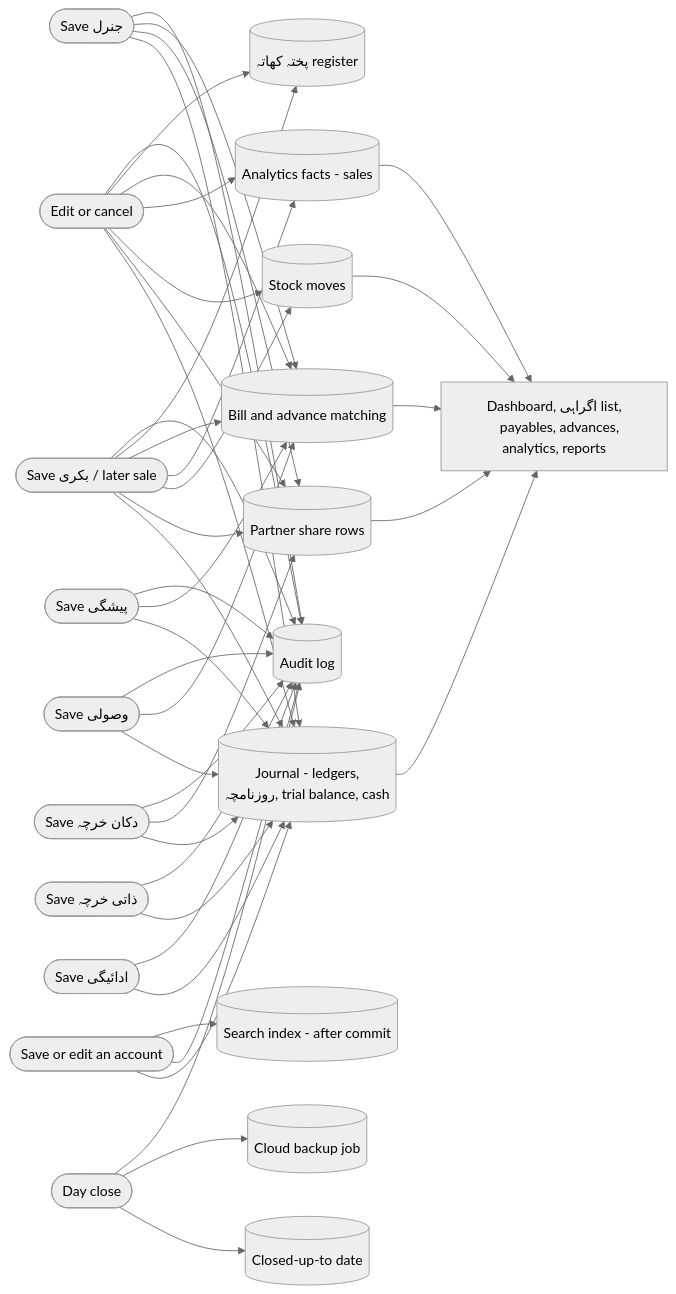
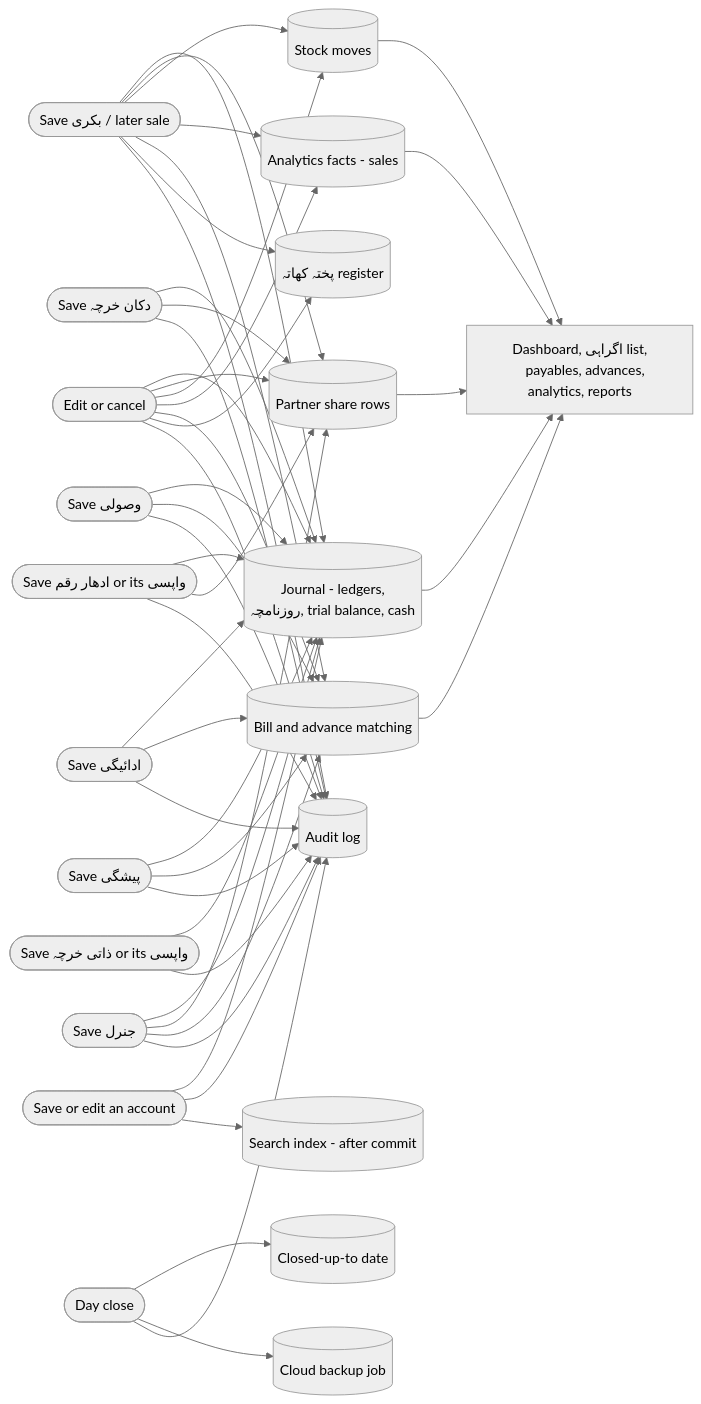
One commit to FaisalHanif12/Fruits-Mandi-Software changed the seventh of 26 diagrams in .claude/rules/Architecture_v1.md. Above: the diagram before and after it, drawn with Mermaid (neutral theme). The commit also changed other lines of this file and 19 other files, not shown here.

````diff
--- a/.claude/rules/Architecture_v1.md
+++ b/.claude/rules/Architecture_v1.md
@@ -257,38 +253,40 @@
 ```mermaid
 flowchart LR
     SAVE_BIKRI(["Save بکری / later sale"])
     EDIT(["Edit or cancel"])
     SAVE_REC(["Save وصولی"])
     SAVE_PAY(["Save ادائیگی"])
     SAVE_ADV(["Save پیشگی"])
     SAVE_SHOP(["Save دکان خرچہ"])
-    SAVE_PERS(["Save ذاتی خرچہ"])
+    SAVE_PERS(["Save ذاتی خرچہ or its واپسی"])
+    SAVE_LENT(["Save ادھار رقم or its واپسی"])
     SAVE_GEN(["Save جنرل"])
     DAYC(["Day close"])
 
     JRN[("Journal - ledgers,
     روزنامچہ, trial balance, cash")]
     SPLIT[("Partner share rows")]
     STOCK[("Stock moves")]
     FACTS[("Analytics facts - sales")]
     MATCH[("Bill and advance matching")]
     PUKHTA[("پختہ کھاتہ register")]
     AUD[("Audit log")]
     DAYS[("Closed-up-to date")]
     BACKUP[("Cloud backup job")]
     DASHV["Dashboard, اگراہی list,
     payables, advances, analytics, reports"]
 
     SAVE_BIKRI --> JRN & SPLIT & STOCK & FACTS & MATCH & PUKHTA & AUD
     EDIT --> JRN & SPLIT & STOCK & FACTS & MATCH & PUKHTA & AUD
     SAVE_REC --> JRN & MATCH & AUD
-    SAVE_PAY --> JRN & AUD
+    SAVE_PAY --> JRN & MATCH & AUD
     SAVE_ADV --> JRN & MATCH & AUD
     SAVE_SHOP --> JRN & SPLIT & AUD
     SAVE_PERS --> JRN & AUD
+    SAVE_LENT --> JRN & SPLIT & AUD
     SAVE_GEN --> JRN & SPLIT & MATCH & AUD
     SAVE_ACC(["Save or edit an account"]) --> JRN & AUD & SIDX[("Search index - after commit")]
     DAYC --> DAYS & BACKUP & AUD
 
     JRN & SPLIT & STOCK & FACTS & MATCH --> DASHV
 ```
````
